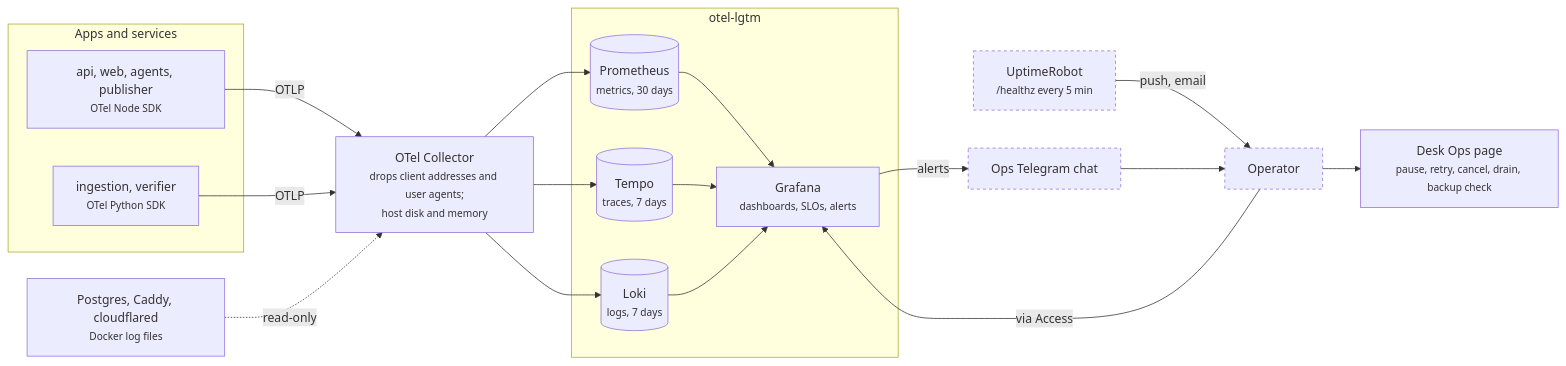
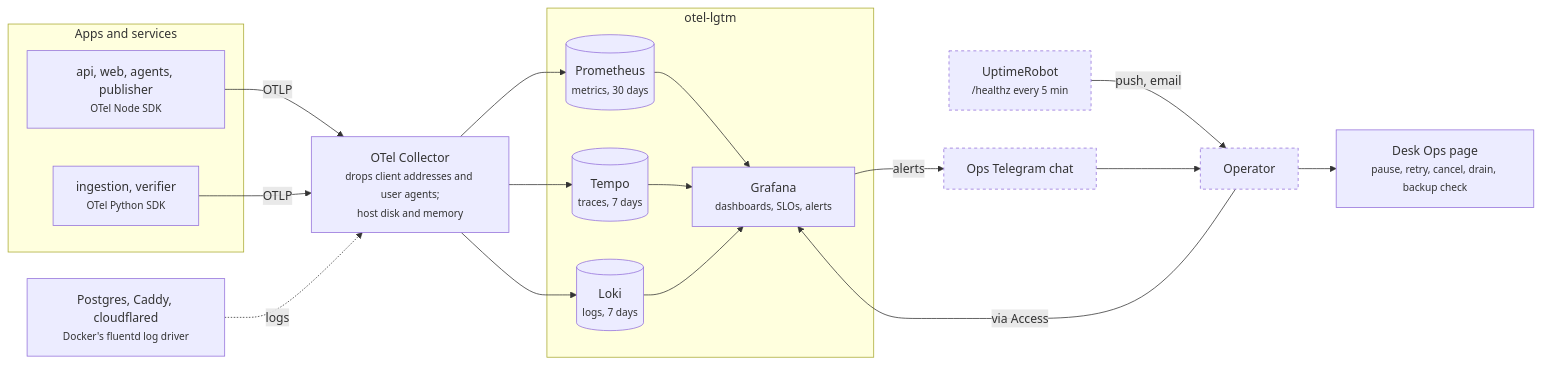
The fourth of 5 diagrams in docs/technical-design.md (mehrad77/AgenticNewsRoom), drawn with Mermaid before and after one commit. The commit also changed other lines of this file and 3 other files, not shown here.

````diff
--- a/docs/technical-design.md
+++ b/docs/technical-design.md
@@ -311,29 +311,29 @@
 ```mermaid
 flowchart LR
   subgraph Apps["Apps and services"]
     TS["api, web, agents, publisher<br/><small>OTel Node SDK</small>"]
     PY["ingestion, verifier<br/><small>OTel Python SDK</small>"]
   end
-  OTHER["Postgres, Caddy, cloudflared<br/><small>Docker log files</small>"]
+  OTHER["Postgres, Caddy, cloudflared<br/><small>Docker's fluentd log driver</small>"]
   OTC["OTel Collector<br/><small>drops client addresses and user agents;<br/>host disk and memory</small>"]
   subgraph LGTM["otel-lgtm"]
     PROM[("Prometheus<br/><small>metrics, 30 days</small>")]
     TEMPO[("Tempo<br/><small>traces, 7 days</small>")]
     LOKI[("Loki<br/><small>logs, 7 days</small>")]
     GRAF["Grafana<br/><small>dashboards, SLOs, alerts</small>"]
   end
   TG["Ops Telegram chat"]:::ext
   UR["UptimeRobot<br/><small>/healthz every 5 min</small>"]:::ext
   OP["Operator"]:::ext
   DESK["Desk Ops page<br/><small>pause, retry, cancel, drain, backup check</small>"]
   TS & PY -- OTLP --> OTC
-  OTHER -. read-only .-> OTC
+  OTHER -. logs .-> OTC
   OTC --> PROM & TEMPO & LOKI
   PROM & TEMPO & LOKI --> GRAF
   GRAF -- alerts --> TG
   UR -- push, email --> OP
   TG --> OP
   OP --> DESK
   OP -- via Access --> GRAF
   classDef ext stroke-dasharray: 4 4
 ```
````
